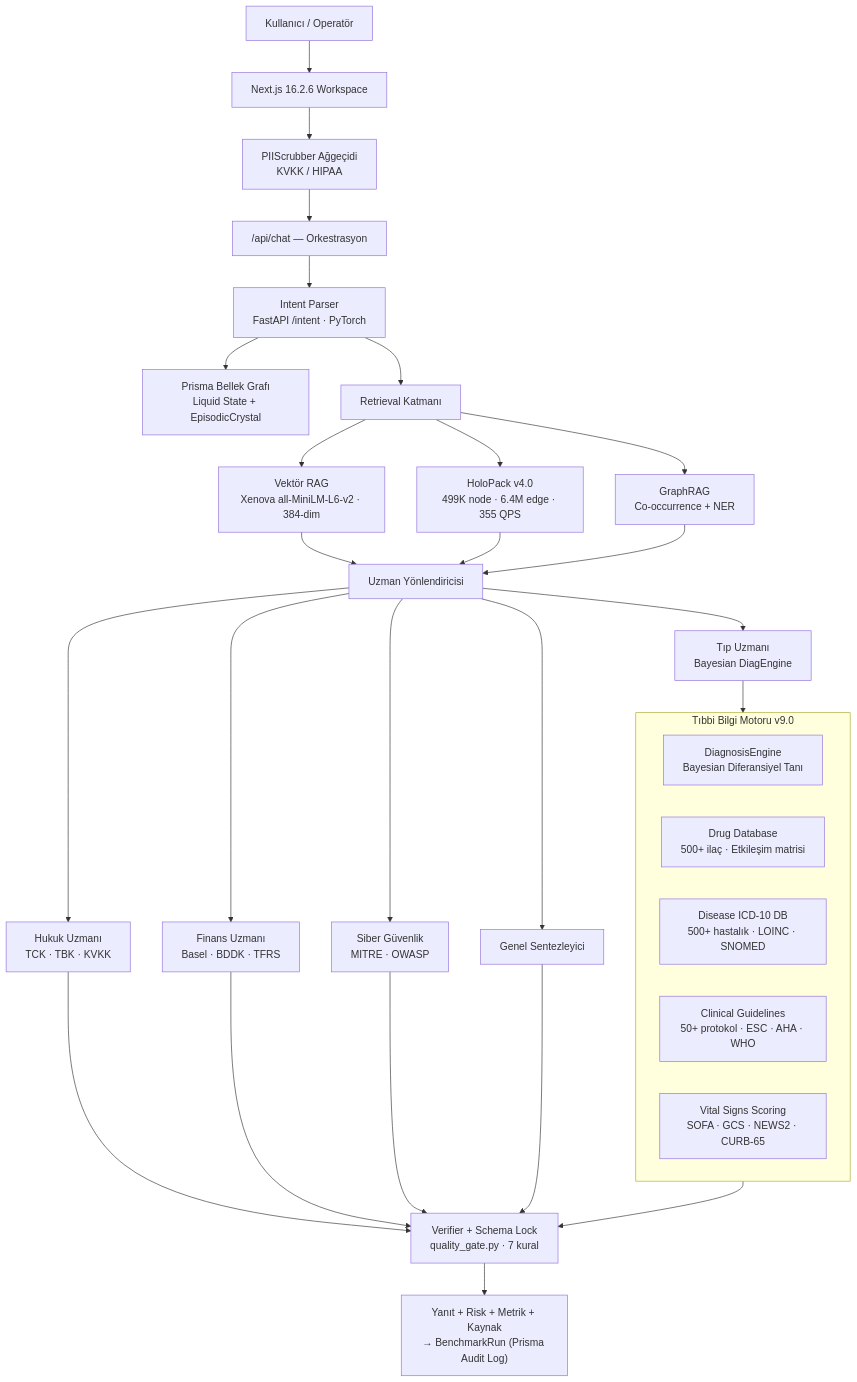
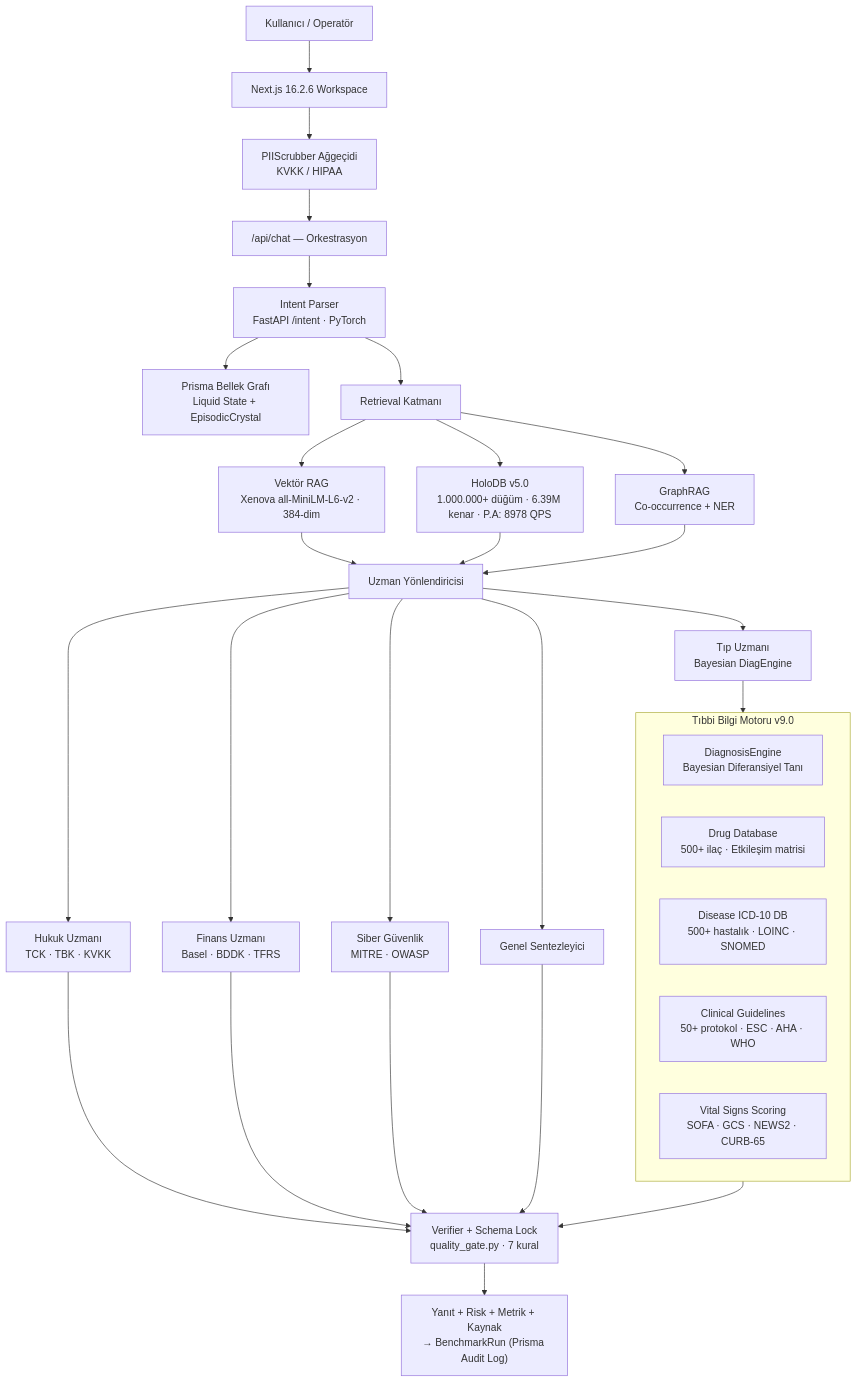
The first of 2 diagrams in WHITEPAPER.md (sakipfikrret/OmniEngine), drawn with Mermaid before and after one commit. The commit also changed other lines of this file and 9 other files, not shown here.

````diff
--- a/WHITEPAPER.md
+++ b/WHITEPAPER.md
@@ -76,36 +115,36 @@
 ```mermaid
 flowchart TD
     U["Kullanıcı / Operatör"] --> UI["Next.js 16.2.6 Workspace"]
     UI --> PII["PIIScrubber Ağgeçidi\nKVKK / HIPAA"]
     PII --> API["/api/chat — Orkestrasyon"]
     API --> IP["Intent Parser\nFastAPI /intent · PyTorch"]
     IP --> MEM["Prisma Bellek Grafı\nLiquid State + EpisodicCrystal"]
     IP --> RET["Retrieval Katmanı"]
     RET --> VEC["Vektör RAG\nXenova all-MiniLM-L6-v2 · 384-dim"]
-    RET --> HDB["HoloPack v4.0\n499K node · 6.4M edge · 355 QPS"]
+    RET --> HDB["HoloDB v5.0\n1.000.000+ düğüm · 6.39M kenar · P.A: 8978 QPS"]
     RET --> GR["GraphRAG\nCo-occurrence + NER"]
     VEC --> ROUTER["Uzman Yönlendiricisi"]
     HDB --> ROUTER
     GR --> ROUTER
     ROUTER --> LEG["Hukuk Uzmanı\nTCK · TBK · KVKK"]
     ROUTER --> MED["Tıp Uzmanı\nBayesian DiagEngine"]
     ROUTER --> FIN["Finans Uzmanı\nBasel · BDDK · TFRS"]
     ROUTER --> CYB["Siber Güvenlik\nMITRE · OWASP"]
     ROUTER --> GEN["Genel Sentezleyici"]
 
     subgraph MEDSYS["Tıbbi Bilgi Motoru v9.0"]
         DE["DiagnosisEngine\nBayesian Diferansiyel Tanı"]
         DDB["Drug Database\n500+ ilaç · Etkileşim matrisi"]
         DIS["Disease ICD-10 DB\n500+ hastalık · LOINC · SNOMED"]
         GL["Clinical Guidelines\n50+ protokol · ESC · AHA · WHO"]
         VS["Vital Signs Scoring\nSOFA · GCS · NEWS2 · CURB-65"]
     end
 
     MED --> MEDSYS
     MEDSYS --> VER["Verifier + Schema Lock\nquality_gate.py · 7 kural"]
     LEG --> VER
     FIN --> VER
     CYB --> VER
     GEN --> VER
     VER --> OUT["Yanıt + Risk + Metrik + Kaynak\n→ BenchmarkRun (Prisma Audit Log)"]
 ```
````
